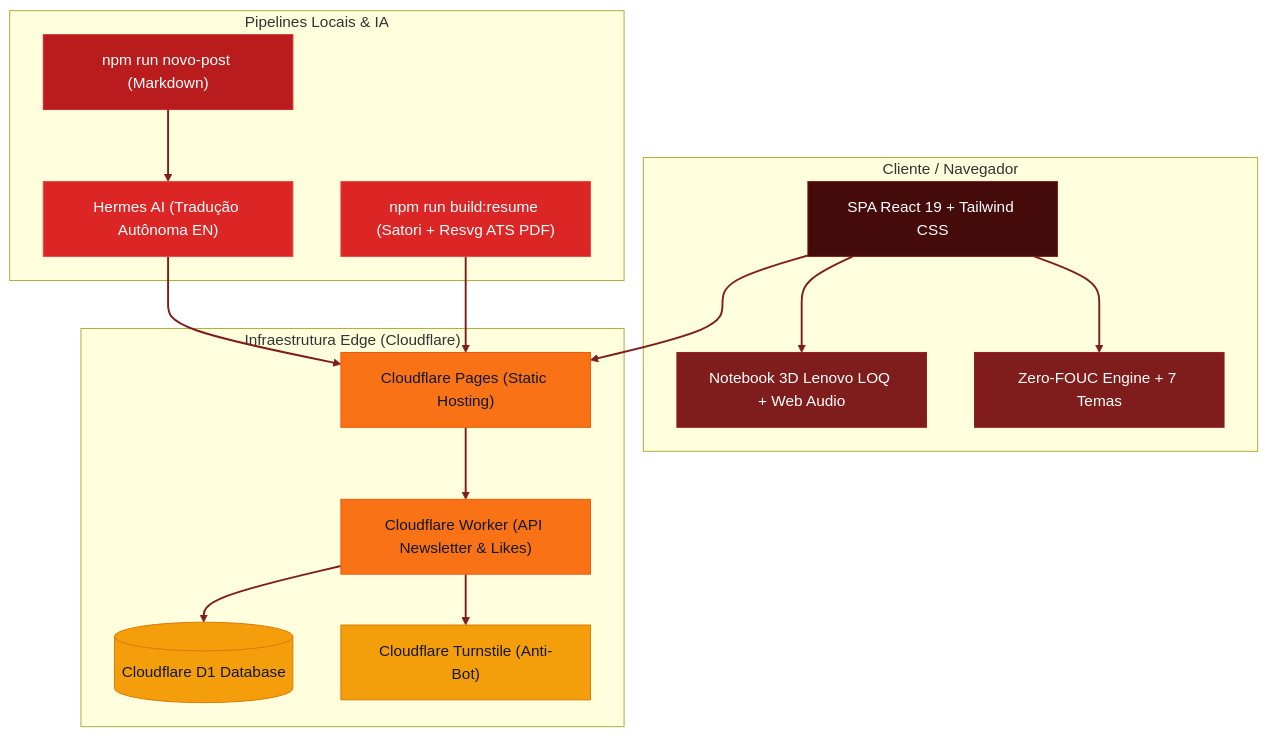
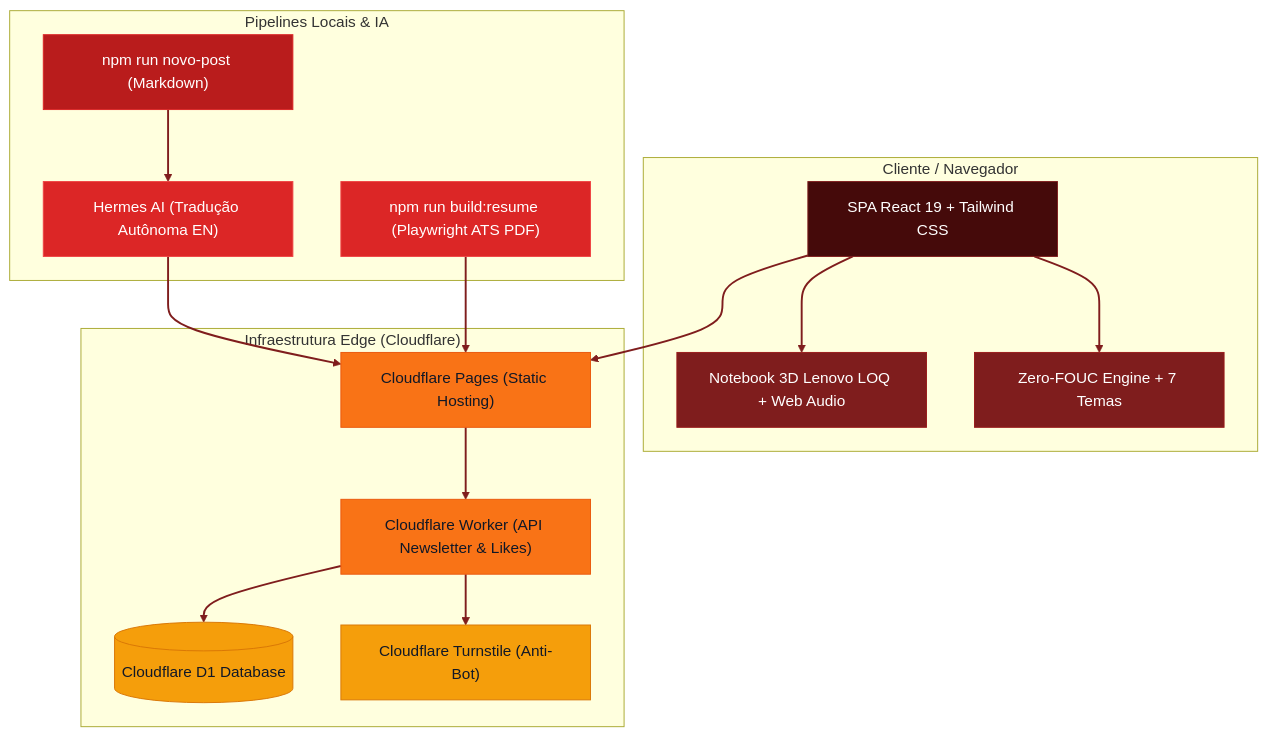
Before and after one commit to devAndreotti/frosted-motion-folio-v2: the diagram in README.md, drawn with Mermaid. The commit also changed other lines of this file, not shown here.

Commit message:
Patch README.md to update PDF generator details and append visuals section.

````diff
--- a/README.md
+++ b/README.md
@@ -74,43 +80,43 @@
 ```mermaid
 flowchart TD
     subgraph Client["Cliente / Navegador"]
         App["SPA React 19 + Tailwind CSS"]
         Three["Notebook 3D Lenovo LOQ + Web Audio"]
         Themes["Zero-FOUC Engine + 7 Temas"]
     end
 
     subgraph Automation["Pipelines Locais & IA"]
         PostGen["npm run novo-post (Markdown)"]
         Hermes["Hermes AI (Tradução Autônoma EN)"]
-        ResumeGen["npm run build:resume (Satori + Resvg ATS PDF)"]
+        ResumeGen["npm run build:resume (Playwright ATS PDF)"]
     end
 
     subgraph Edge["Infraestrutura Edge (Cloudflare)"]
         Pages["Cloudflare Pages (Static Hosting)"]
         Worker["Cloudflare Worker (API Newsletter & Likes)"]
         D1[("Cloudflare D1 Database")]
         Turnstile["Cloudflare Turnstile (Anti-Bot)"]
     end
 
     App --> Three
     App --> Themes
     PostGen --> Hermes
     Hermes --> Pages
     ResumeGen --> Pages
     App --> Pages
     Pages --> Worker
     Worker --> Turnstile
     Worker --> D1
 
     style App fill:#450a0a,color:#fff,stroke:#7f1d1d
     style Three fill:#7f1d1d,color:#fff,stroke:#991b1b
     style Themes fill:#7f1d1d,color:#fff,stroke:#991b1b
     style PostGen fill:#b91c1c,color:#fff,stroke:#dc2626
     style Hermes fill:#dc2626,color:#fff,stroke:#ef4444
     style ResumeGen fill:#dc2626,color:#fff,stroke:#ef4444
     style Pages fill:#f97316,color:#111827,stroke:#ea580c
     style Worker fill:#f97316,color:#111827,stroke:#ea580c
     style D1 fill:#f59e0b,color:#111827,stroke:#d97706
     style Turnstile fill:#f59e0b,color:#111827,stroke:#d97706
     linkStyle default stroke:#7f1d1d,stroke-width:2px
 ```
````
